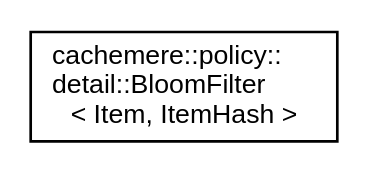
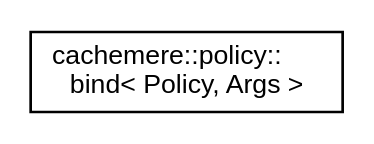
One commit to coveooss/cachemere changed the diagram in docs/inherit_graph_10.dot. Above: the diagram before and after it, drawn with Graphviz. The commit also changed 154 other files, not shown here.

```diff
--- a/docs/inherit_graph_10.dot
+++ b/docs/inherit_graph_10.dot
@@ -1,8 +1,8 @@
 digraph "Graphical Class Hierarchy"
 {
  // LATEX_PDF_SIZE
   edge [fontname="Helvetica",fontsize="10",labelfontname="Helvetica",labelfontsize="10"];
   node [fontname="Helvetica",fontsize="10",shape=record];
   rankdir="LR";
-  Node0 [label="cachemere::policy::\ldetail::BloomFilter\l\< Item, ItemHash \>",height=0.2,width=0.4,color="black", fillcolor="white", style="filled",URL="$classcachemere_1_1policy_1_1detail_1_1BloomFilter.html",tooltip="Probabilistic data structure for representing sets in a space-efficient format."];
+  Node0 [label="cachemere::policy::\lbind\< Policy, Args \>",height=0.2,width=0.4,color="black", fillcolor="white", style="filled",URL="$structcachemere_1_1policy_1_1bind.html",tooltip="Binds a Policy<K, KH, V, Args...> template to a Policy<K, KH, V> template to be used with the cache."];
 }
```
